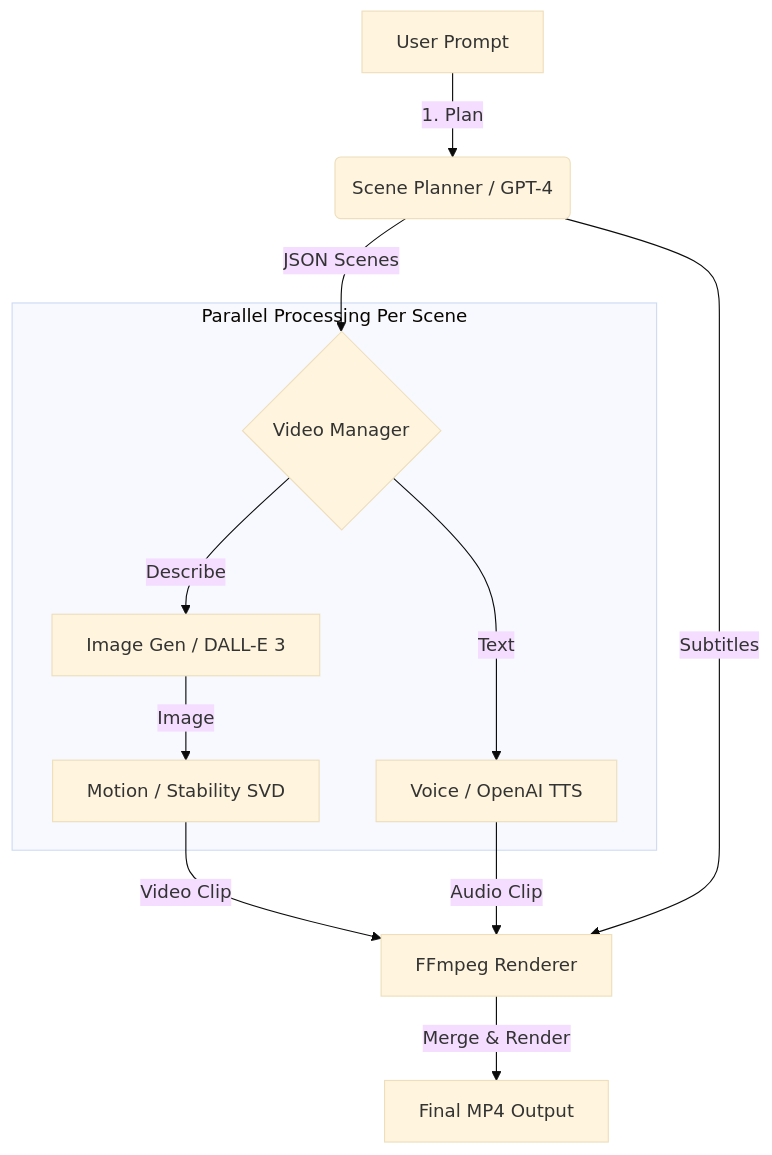
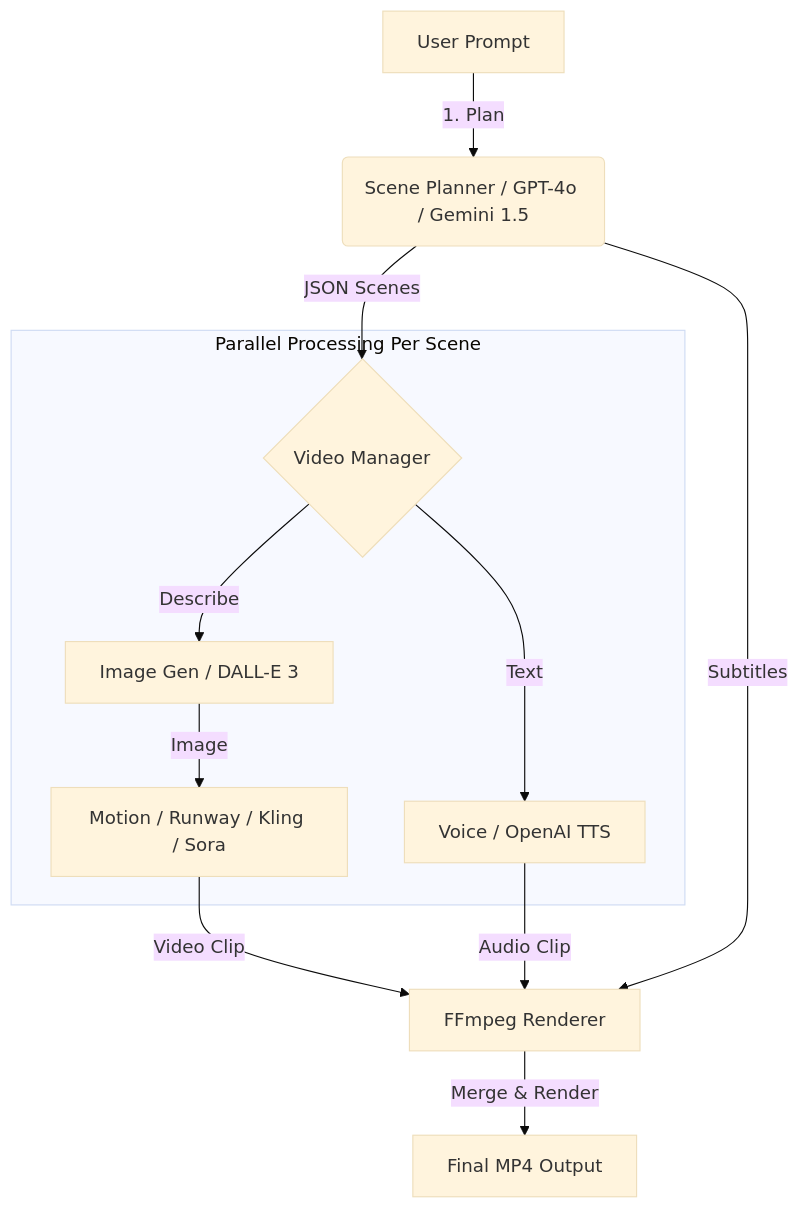
One commit to subhashladumor1/laravel-ai-video changed the diagram in README.md. Above: the diagram before and after it, drawn with Mermaid (base theme). The commit also changed other lines of this file and 9 other files, not shown here.

First line of the commit message:
Gemini & Sora

````diff
--- a/README.md
+++ b/README.md
@@ -35,17 +35,17 @@
 ```mermaid
 graph TD
-    User[User Prompt] -->|1. Plan| Planner(Scene Planner / GPT-4)
+    User[User Prompt] -->|1. Plan| Planner(Scene Planner / GPT-4o / Gemini 1.5)
     Planner -->|JSON Scenes| Manager{Video Manager}
     
     subgraph "Parallel Processing Per Scene"
         Manager -->|Describe| GenImg[Image Gen / DALL-E 3]
-        GenImg -->|Image| Animate[Motion / Stability SVD]
+        GenImg -->|Image| Animate[Motion / Runway / Kling / Sora]
         Manager -->|Text| TTS[Voice / OpenAI TTS]
     end
     
     Animate -->|Video Clip| Renderer[FFmpeg Renderer]
     TTS -->|Audio Clip| Renderer
     Planner -->|Subtitles| Renderer
     
     Renderer -->|Merge & Render| Final[Final MP4 Output]
 ```
````
